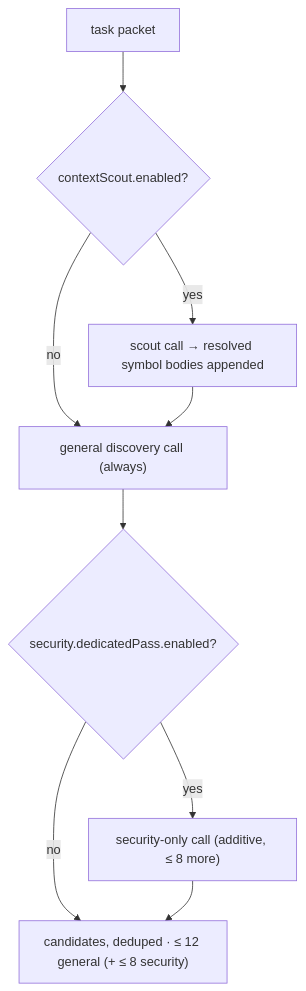
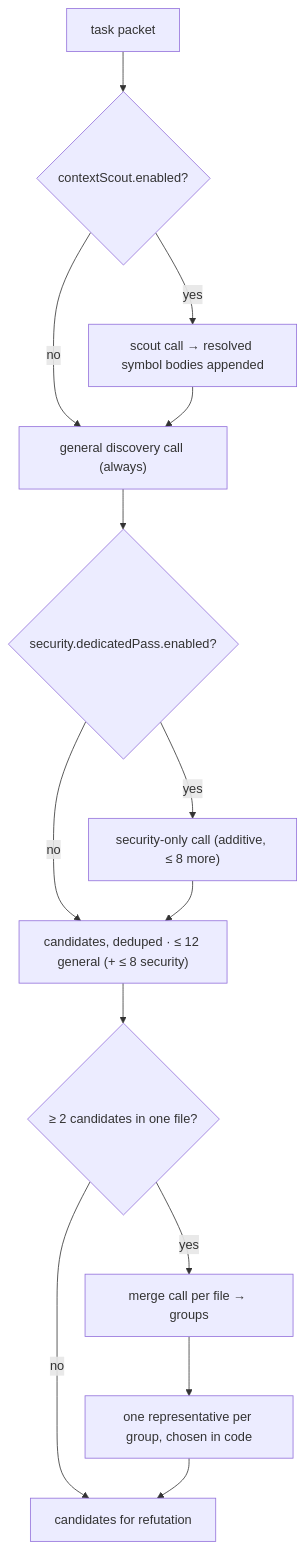
Before and after one commit to sebastianwessel/codereviewer: the diagram in docs/03-concepts/pipeline/04-holistic-discovery.md, drawn with Mermaid. The commit also changed other lines of this file and 23 other files, not shown here.

````diff
--- a/docs/03-concepts/pipeline/04-holistic-discovery.md
+++ b/docs/03-concepts/pipeline/04-holistic-discovery.md
@@ -84,11 +117,16 @@
 ```mermaid
 flowchart TD
   P["task packet"] --> S{"contextScout.enabled?"}
   S -- yes --> SC["scout call → resolved symbol bodies appended"]
   S -- no --> G
   SC --> G["general discovery call (always)"]
   G --> SE{"security.dedicatedPass.enabled?"}
   SE -- yes --> SP["security-only call (additive, ≤ 8 more)"]
   SE -- no --> C["candidates, deduped · ≤ 12 general (+ ≤ 8 security)"]
   SP --> C
+  C --> M{"≥ 2 candidates in one file?"}
+  M -- no --> O["candidates for refutation"]
+  M -- yes --> MM["merge call per file → groups"]
+  MM --> R["one representative per group, chosen in code"]
+  R --> O
 ```
````
